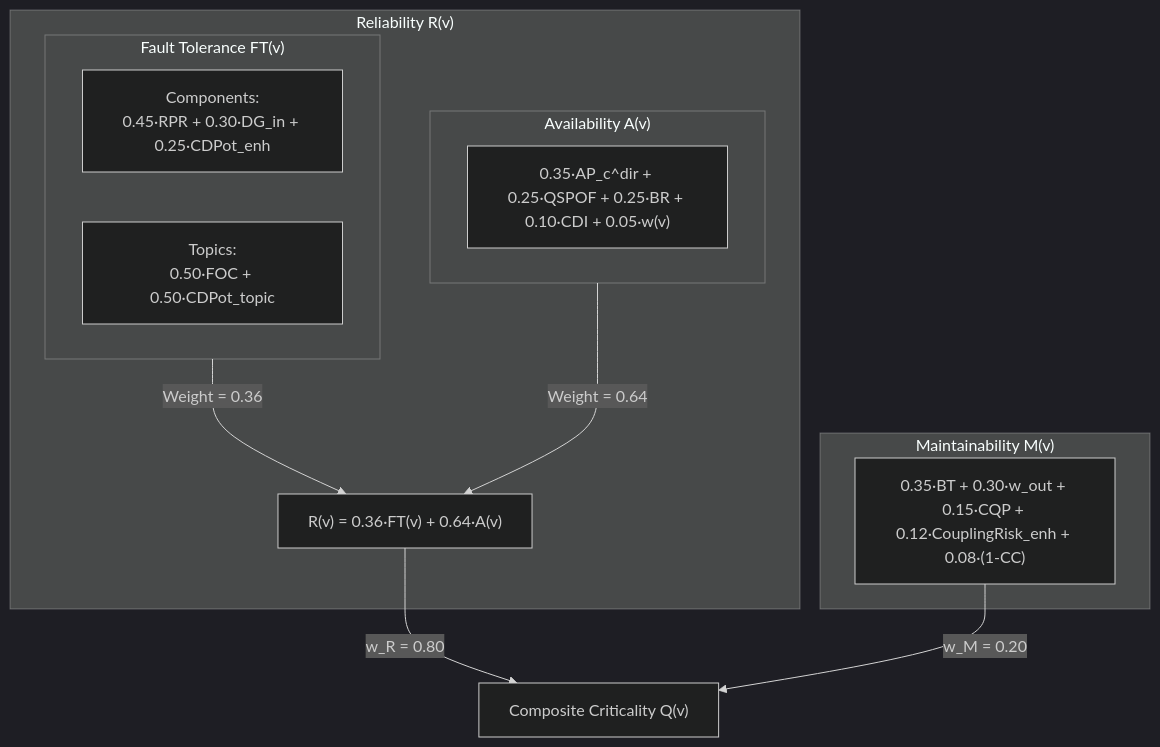
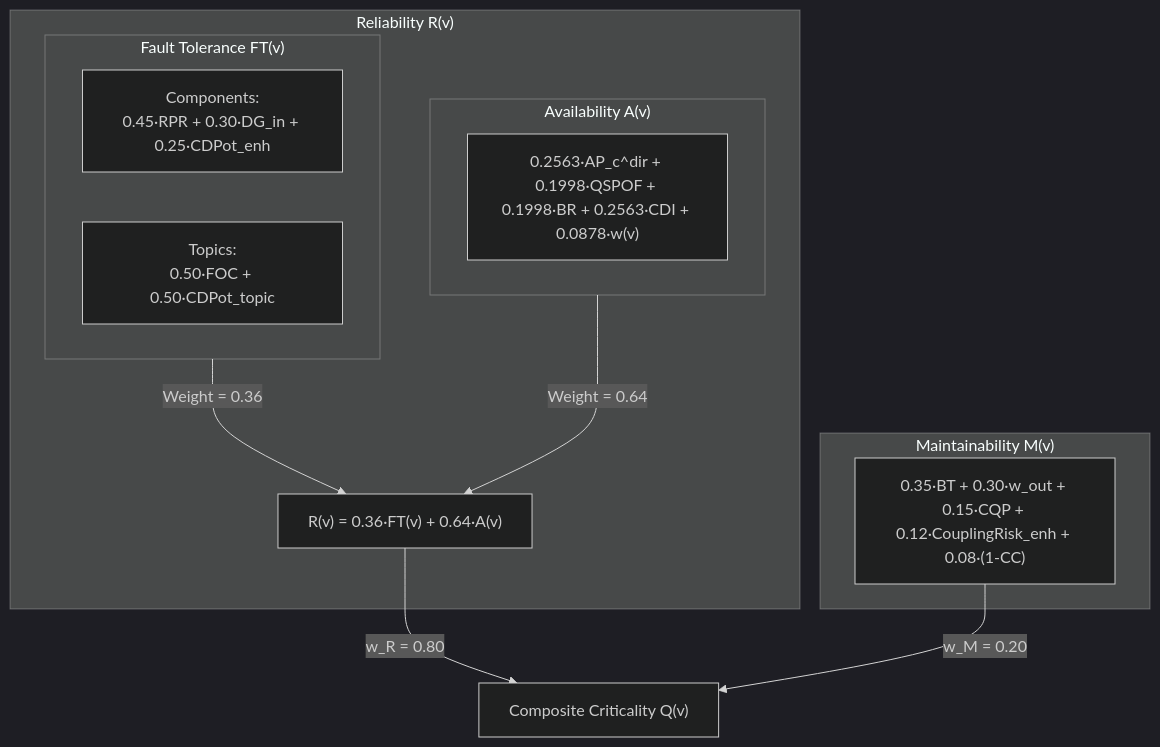
One commit to onuralpyigit/software-as-a-graph changed the fourth of 5 diagrams in docs/quality-model.md. Above: the diagram before and after it, drawn with Mermaid (dark theme). The commit also changed other lines of this file and 26 other files, not shown here.

````diff
--- a/docs/quality-model.md
+++ b/docs/quality-model.md
@@ -334,21 +335,21 @@
 ```mermaid
 flowchart TD
     subgraph ReliabilityCalculation["Reliability R(v)"]
         subgraph FTGroup["Fault Tolerance FT(v)"]
             FT_Comp["Components:<br>0.45·RPR + 0.30·DG_in + 0.25·CDPot_enh"]
             FT_Topic["Topics:<br>0.50·FOC + 0.50·CDPot_topic"]
         end
         subgraph AGroup["Availability A(v)"]
-            A_Formula["0.35·AP_c^dir + 0.25·QSPOF + 0.25·BR + 0.10·CDI + 0.05·w(v)"]
+            A_Formula["0.2563·AP_c^dir + 0.1998·QSPOF + 0.1998·BR + 0.2563·CDI + 0.0878·w(v)"]
         end
         FTGroup -->|Weight = 0.36| R_Blend["R(v) = 0.36·FT(v) + 0.64·A(v)"]
         AGroup -->|Weight = 0.64| R_Blend
     end
 
     subgraph MaintainabilityCalculation["Maintainability M(v)"]
         M_Formula["0.35·BT + 0.30·w_out + 0.15·CQP + 0.12·CouplingRisk_enh + 0.08·(1-CC)"]
     end
 
     R_Blend -->|w_R = 0.80| Q_Composite["Composite Criticality Q(v)"]
     M_Formula -->|w_M = 0.20| Q_Composite
 ```
````
